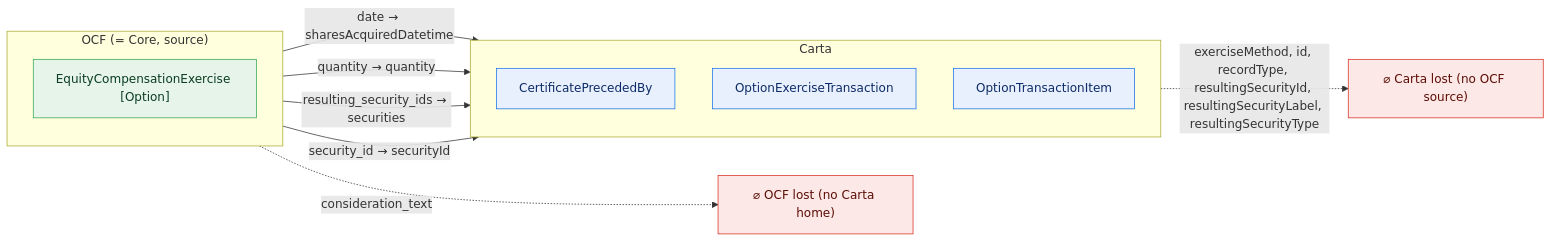
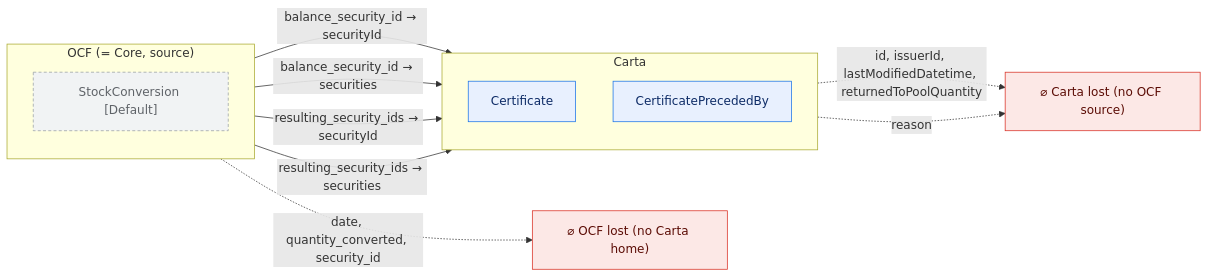
Diagram 24 of 50 in docs/core-bidirectional-flow.md (Open-Cap-Table-Coalition/OCF-Composed-Schemas), drawn with Mermaid before and after one commit. The commit also changed other lines of this file and 33 other files, not shown here.

````diff
--- a/docs/core-bidirectional-flow.md
+++ b/docs/core-bidirectional-flow.md
@@ -799,25 +975,25 @@
 ```mermaid
 flowchart LR
   classDef adm fill:#e6f4ea,stroke:#34a853,color:#0b3d20;
   classDef notadm fill:#f1f3f4,stroke:#9aa0a6,color:#5f6368,stroke-dasharray:4 3;
   classDef carta fill:#e8f0fe,stroke:#1a73e8,color:#0d2b66;
   classDef lost fill:#fce8e6,stroke:#d93025,color:#5c0d06;
   subgraph SRC["OCF (= Core, source)"]
     direction TB
-    o0["EquityCompensationExercise [Option]"]:::adm
+    o0["StockConversion [Default]"]:::notadm
   end
   subgraph TGT["Carta"]
     direction TB
-    t0["CertificatePrecededBy"]:::carta
-    t1["OptionExerciseTransaction"]:::carta
-    t2["OptionTransactionItem"]:::carta
+    t0["Certificate"]:::carta
+    t1["CertificatePrecededBy"]:::carta
   end
   ocflost["⌀ OCF lost (no Carta home)"]:::lost
   cartalost["⌀ Carta lost (no OCF source)"]:::lost
-  o0 -->|"date → sharesAcquiredDatetime"| t1
-  o0 -->|"quantity → quantity"| t1
-  o0 -->|"resulting_security_ids → securities"| t0
-  o0 -->|"security_id → securityId"| t2
-  o0 -.->|"consideration_text"| ocflost
-  t1 -.->|"exerciseMethod, id, recordType, resultingSecurityId, resultingSecurityLabel, resultingSecurityType"| cartalost
+  o0 -->|"balance_security_id → securityId"| t0
+  o0 -->|"balance_security_id → securities"| t1
+  o0 -->|"resulting_security_ids → securityId"| t0
+  o0 -->|"resulting_security_ids → securities"| t1
+  o0 -.->|"date, quantity_converted, security_id"| ocflost
+  t0 -.->|"id, issuerId, lastModifiedDatetime, returnedToPoolQuantity"| cartalost
+  t1 -.->|"reason"| cartalost
 ```
````
